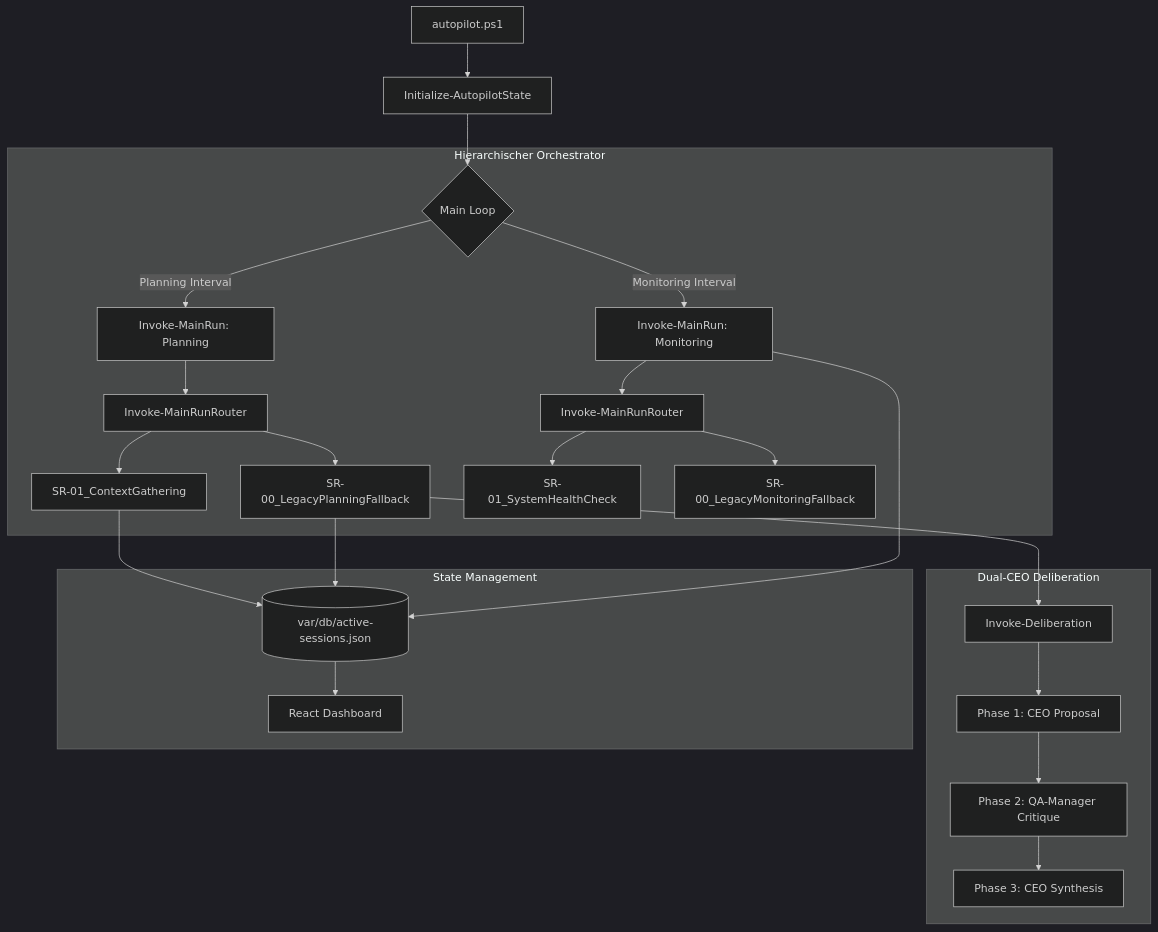
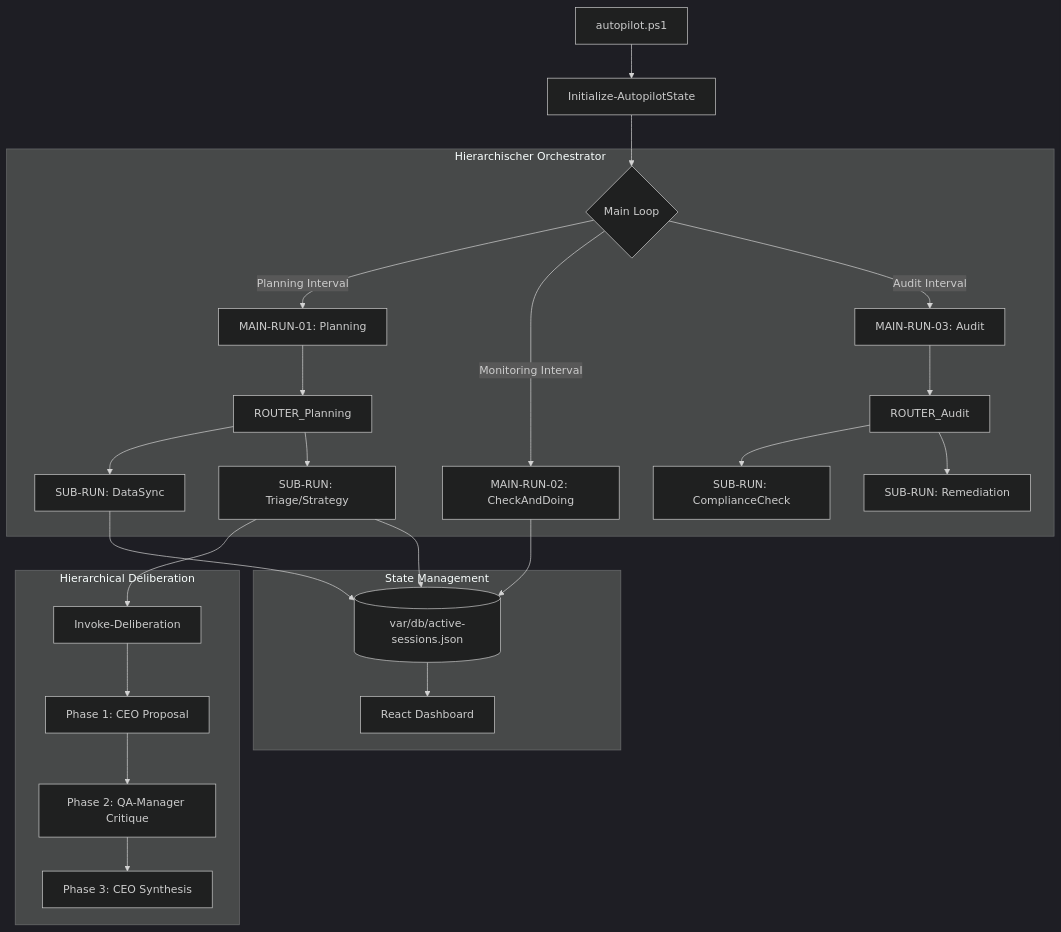
Before and after one commit to Vorce-Studios/Vorce: the diagram in Vorce-Autopilot_2.0/Dokumentation/ARCHITEKTUR_V2.md, drawn with Mermaid (dark theme). The commit also changed other lines of this file and 12 other files, not shown here.

Commit message:
feat: implement interval-stats monitoring and expand Autopilot orchestration structure

````diff
--- a/Vorce-Autopilot_2.0/Dokumentation/ARCHITEKTUR_V2.md
+++ b/Vorce-Autopilot_2.0/Dokumentation/ARCHITEKTUR_V2.md
@@ -16,32 +19,33 @@
 ```mermaid
 graph TD
     Start[autopilot.ps1] --> Init[Initialize-AutopilotState]
     Init --> MainLoop{Main Loop}
     
     subgraph Orchestrator [Hierarchischer Orchestrator]
-        MainLoop -->|Planning Interval| Planning[Invoke-MainRun: Planning]
-        MainLoop -->|Monitoring Interval| Monitoring[Invoke-MainRun: Monitoring]
+        MainLoop -->|Planning Interval| Planning[MAIN-RUN-01: Planning]
+        MainLoop -->|Monitoring Interval| Monitoring[MAIN-RUN-02: CheckAndDoing]
+        MainLoop -->|Audit Interval| Audit[MAIN-RUN-03: Audit]
         
-        Planning --> RouterP[Invoke-MainRunRouter]
-        RouterP --> SR_P1[SR-01_ContextGathering]
-        RouterP --> SR_P2[SR-00_LegacyPlanningFallback]
+        Planning --> RouterP[ROUTER_Planning]
+        RouterP --> SR_P1[SUB-RUN: DataSync]
+        RouterP --> SR_P2[SUB-RUN: Triage/Strategy]
         
-        Monitoring --> RouterM[Invoke-MainRunRouter]
-        RouterM --> SR_M1[SR-01_SystemHealthCheck]
-        RouterM --> SR_M2[SR-00_LegacyMonitoringFallback]
+        Audit --> RouterA[ROUTER_Audit]
+        RouterA --> SR_A1[SUB-RUN: ComplianceCheck]
+        RouterA --> SR_A2[SUB-RUN: Remediation]
     end
 
-    subgraph Deliberation [Dual-CEO Deliberation]
+    subgraph Deliberation [Hierarchical Deliberation]
         SR_P2 --> Delib[Invoke-Deliberation]
         Delib --> Proposal[Phase 1: CEO Proposal]
         Proposal --> Critique[Phase 2: QA-Manager Critique]
         Critique --> Synthesis[Phase 3: CEO Synthesis]
     end
 
     subgraph State [State Management]
         SR_P1 --> VarDB[(var/db/active-sessions.json)]
         SR_P2 --> VarDB
         Monitoring --> VarDB
         VarDB --> Dashboard[React Dashboard]
     end
 ```
````
